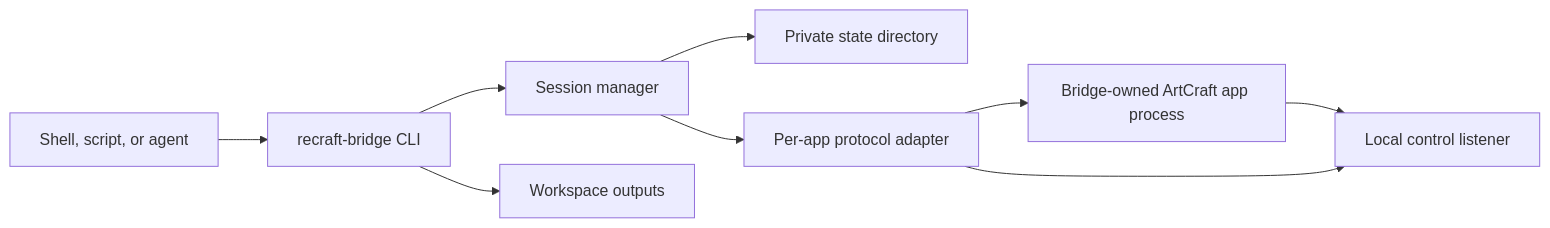
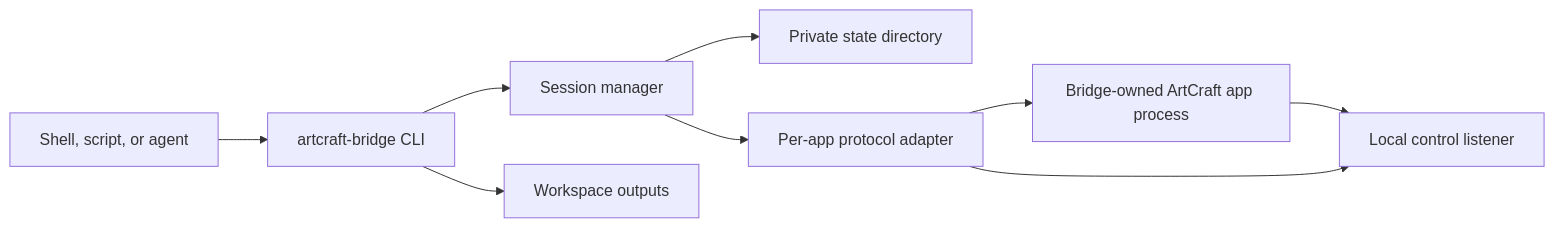
One commit to bpnace/artcraft-bridge changed the first of 2 diagrams in docs/architecture.md. Above: the diagram before and after it, drawn with Mermaid. The commit also changed other lines of this file and 20 other files, not shown here.

````diff
--- a/docs/architecture.md
+++ b/docs/architecture.md
@@ -16,11 +16,11 @@
 ```mermaid
 flowchart LR
-    Caller[Shell, script, or agent] --> CLI[recraft-bridge CLI]
+    Caller[Shell, script, or agent] --> CLI[artcraft-bridge CLI]
     CLI --> Session[Session manager]
     CLI --> Workspace[Workspace outputs]
     Session --> State[Private state directory]
     Session --> Adapter[Per-app protocol adapter]
     Adapter --> App[Bridge-owned ArtCraft app process]
     App --> Control[Local control listener]
     Adapter --> Control
 ```
````
